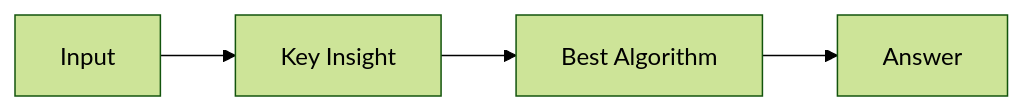
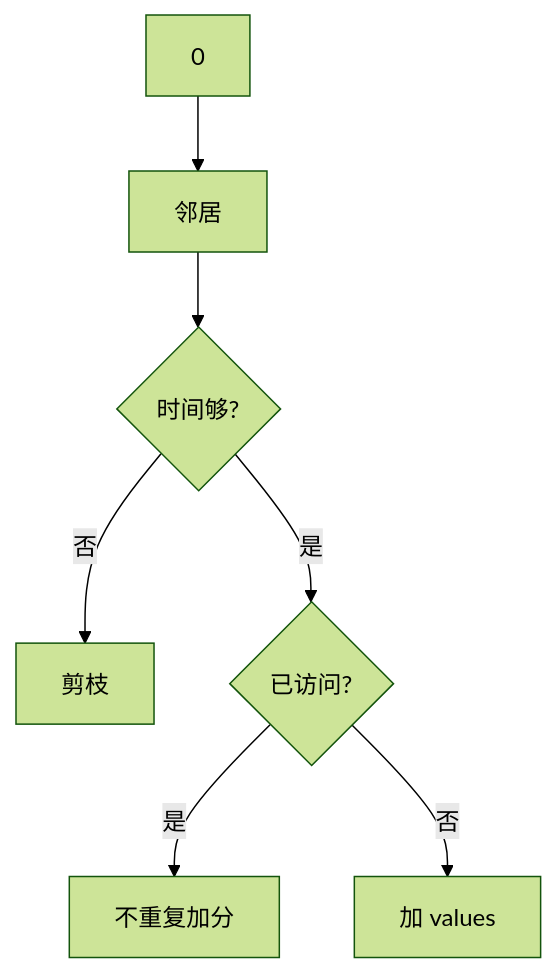
Before and after one commit to yuxuanzhouo3/Interview: the diagram in CodePractice/LeetCodeHard/Problem/2000-2099/2065.maximum-path-quality-of-a-graph.md, drawn with Mermaid (forest theme). The commit also changed other lines of this file and 1457 other files, not shown here.

````diff
--- a/CodePractice/LeetCodeHard/Problem/2000-2099/2065.maximum-path-quality-of-a-graph.md
+++ b/CodePractice/LeetCodeHard/Problem/2000-2099/2065.maximum-path-quality-of-a-graph.md
@@ -15,6 +15,9 @@
 ```mermaid
-flowchart LR
-  A[Input] --> B[Key Insight]
-  B --> C[Best Algorithm]
-  C --> D[Answer]
+flowchart TB
+  S[0] --> A[邻居]
+  A --> B{时间够?}
+  B -->|否| X[剪枝]
+  B -->|是| C{已访问?}
+  C -->|是| D[不重复加分]
+  C -->|否| E[加 values]
 ```
````
